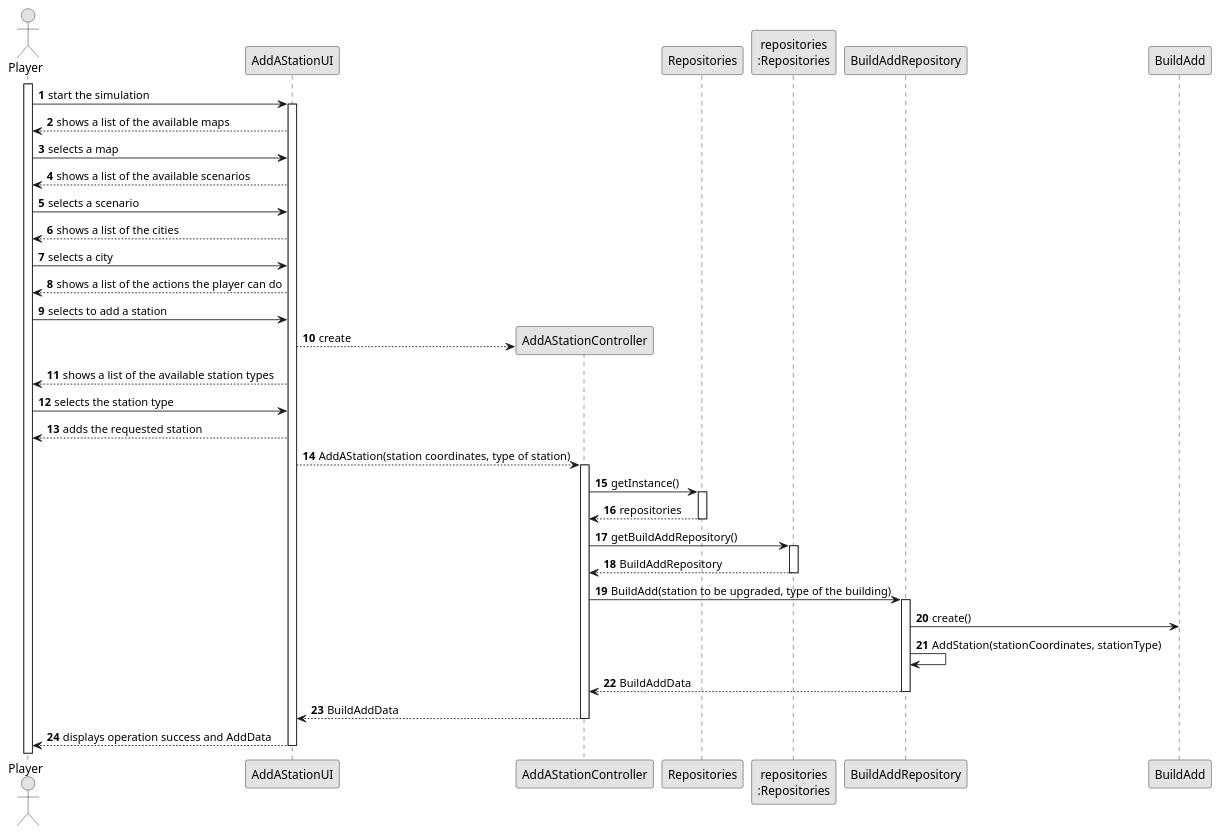
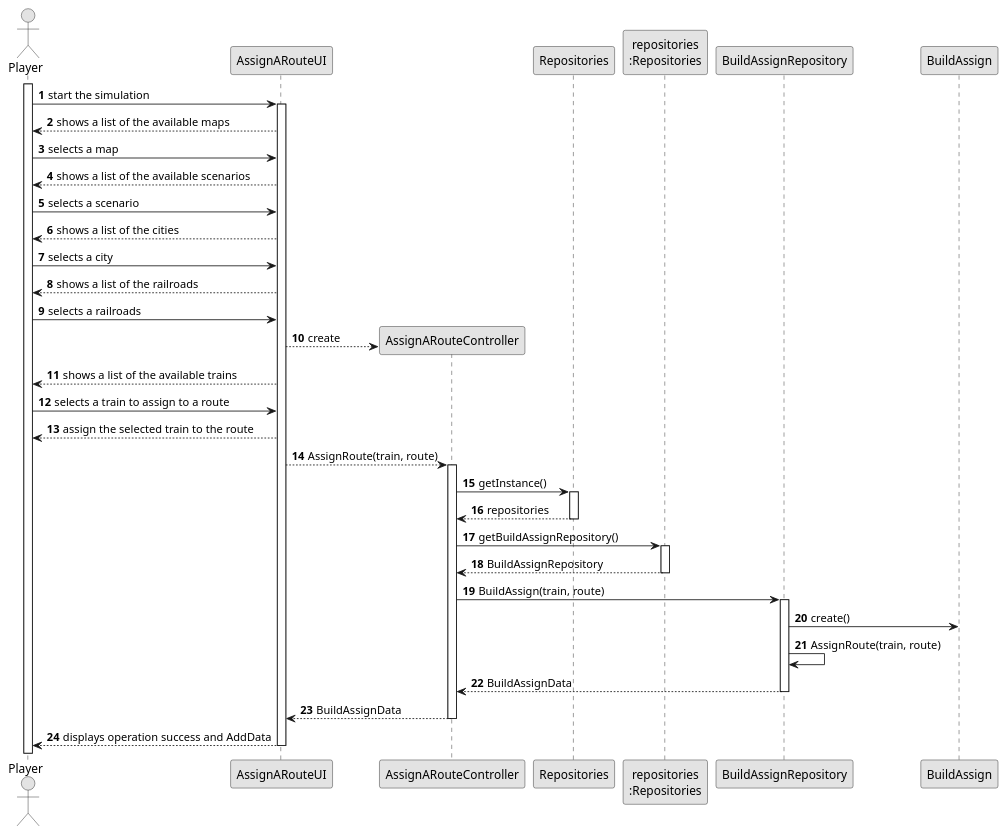
The diagram in docs/sprint2/us010/03.design/puml/us010-sequence-diagram-full.puml (ivasduarte/all-aboard), drawn with PlantUML before and after one commit. The commit also changed 2 other files, not shown here.

Commit message:
US010(docs): Created Sequence Diagram

```diff
--- a/docs/sprint2/us010/03.design/puml/us010-sequence-diagram-full.puml
+++ b/docs/sprint2/us010/03.design/puml/us010-sequence-diagram-full.puml
@@ -1,66 +1,67 @@
 @startuml
 
 skinparam monochrome true
 skinparam packageStyle rectangle
 skinparam shadowing false
 
 autonumber
 
 actor "Player" as Editor
-participant "AddAStationUI" as UI
+participant "AssignARouteUI" as UI
 
 activate Editor
 
 Editor -> UI : start the simulation
 activate UI
 
 UI --> Editor : shows a list of the available maps
 Editor -> UI : selects a map
 UI --> Editor : shows a list of the available scenarios
 Editor -> UI : selects a scenario
 UI --> Editor : shows a list of the cities
 Editor -> UI : selects a city
-UI --> Editor : shows a list of the actions the player can do
-Editor -> UI : selects to add a station
+UI --> Editor : shows a list of the railroads
+Editor -> UI : selects a railroads
 
-create "AddAStationController" as CTRL
+
+create "AssignARouteController" as CTRL
 UI --> CTRL : create
 
 participant "Repositories" as RepositorySingleton
 participant "repositories\n:Repositories" as PLAT
 
-UI --> Editor : shows a list of the available station types
-Editor -> UI : selects the station type
-UI --> Editor : adds the requested station
+UI --> Editor : shows a list of the available trains
+Editor -> UI : selects a train to assign to a route
+UI --> Editor : assign the selected train to the route
 
 
-UI --> CTRL : AddAStation(station coordinates, type of station)
+UI --> CTRL : AssignRoute(train, route)
 activate CTRL
 
 CTRL -> RepositorySingleton : getInstance()
 activate RepositorySingleton
 RepositorySingleton --> CTRL : repositories
 deactivate RepositorySingleton
 
-CTRL -> PLAT : getBuildAddRepository()
+CTRL -> PLAT : getBuildAssignRepository()
 activate PLAT
-PLAT --> CTRL : BuildAddRepository
+PLAT --> CTRL : BuildAssignRepository
 deactivate PLAT
 
-CTRL -> BuildAddRepository : BuildAdd(station to be upgraded, type of the building)
-activate BuildAddRepository
+CTRL -> BuildAssignRepository : BuildAssign(train, route)
+activate BuildAssignRepository
 
-create "BuildAddRepository\n:BuildAddRepository" as BuildAddRepository
-BuildAddRepository -> BuildAdd : create()
-BuildAddRepository -> BuildAddRepository : AddStation(stationCoordinates, stationType)
+create "BuildAssignRepository\n:BuildAssignRepository" as BuildAssignRepository
+BuildAssignRepository -> BuildAssign : create()
+BuildAssignRepository -> BuildAssignRepository : AssignRoute(train, route)
 
-BuildAddRepository --> CTRL : BuildAddData
-deactivate BuildAddRepository
+BuildAssignRepository --> CTRL : BuildAssignData
+deactivate BuildAssignRepository
 
-CTRL --> UI : BuildAddData
+CTRL --> UI : BuildAssignData
 deactivate CTRL
 
 UI --> Editor : displays operation success and AddData
 deactivate UI
 
 @enduml
```
